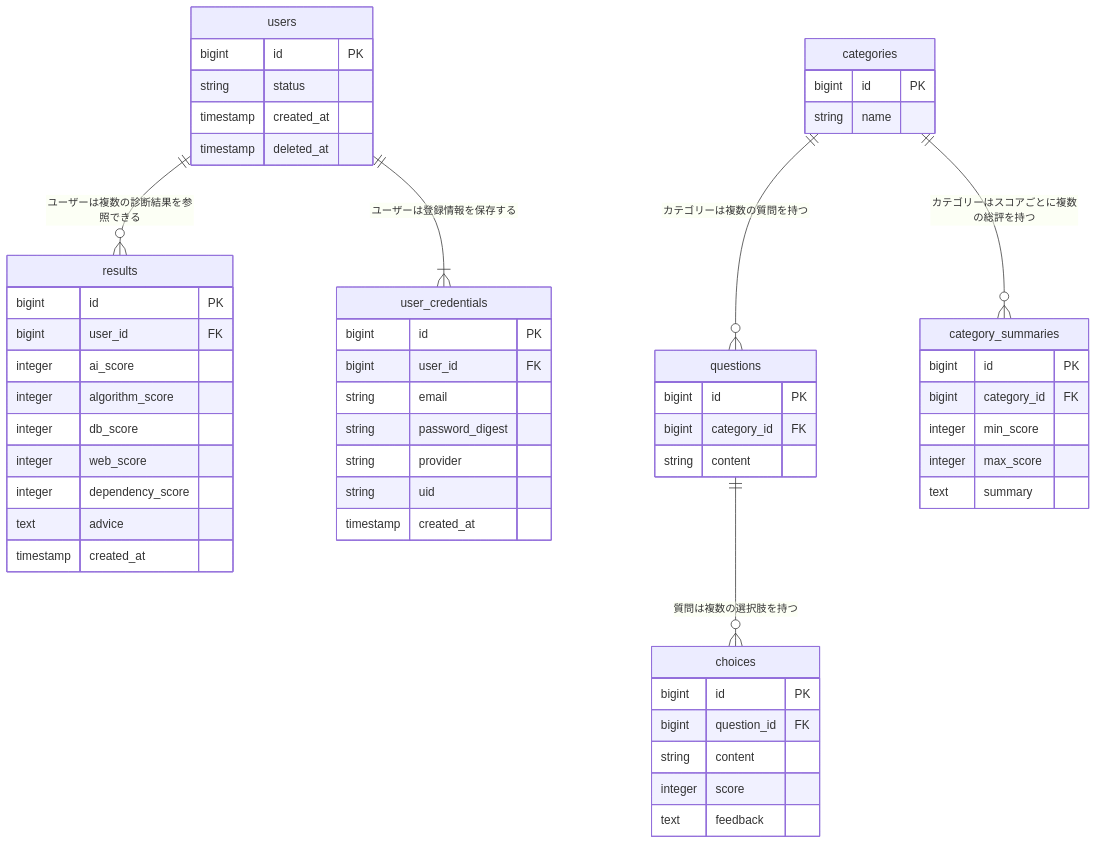
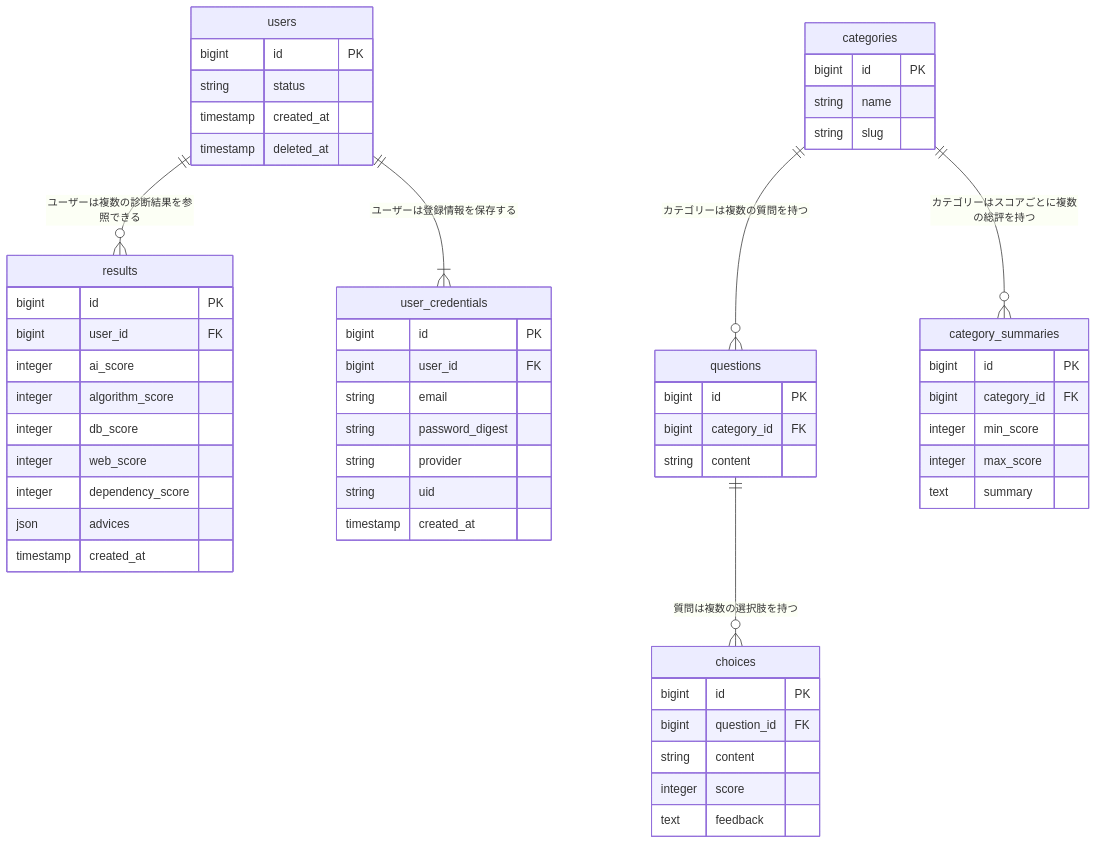
One commit to rei-dev99/comprehension-debt-checker changed the diagram in README.md. Above: the diagram before and after it, drawn with Mermaid. The commit also changed other lines of this file, not shown here.

````diff
--- a/README.md
+++ b/README.md
@@ -98,64 +98,65 @@
 ```mermaid
 erDiagram
     users ||--o{ results : ユーザーは複数の診断結果を参照できる
     users ||--|{ user_credentials : ユーザーは登録情報を保存する
     categories ||--o{ questions : "カテゴリーは複数の質問を持つ"
     questions ||--o{ choices : "質問は複数の選択肢を持つ"
     categories ||--o{ category_summaries : カテゴリーはスコアごとに複数の総評を持つ
 
     users {
         bigint id PK
         string status
         timestamp created_at
         timestamp deleted_at
     }
 
     user_credentials {
         bigint id PK
         bigint user_id FK
         string email
         string password_digest
         string provider
         string uid
         timestamp created_at
     }
 
     categories {
         bigint id PK
         string name
+        string slug
     }
 
     questions {
         bigint id PK
         bigint category_id FK
         string content
     }
 
     choices {
       bigint id PK
       bigint question_id FK
       string content
       integer score
       text feedback
     }
 
     results {
         bigint id PK
         bigint user_id FK
         integer ai_score
         integer algorithm_score
         integer db_score
         integer web_score
         integer dependency_score
-        text advice
+        json advices
         timestamp created_at
     }
 
     category_summaries {
         bigint id PK
         bigint category_id FK
         integer min_score
         integer max_score
         text summary
     }
 ```
````
